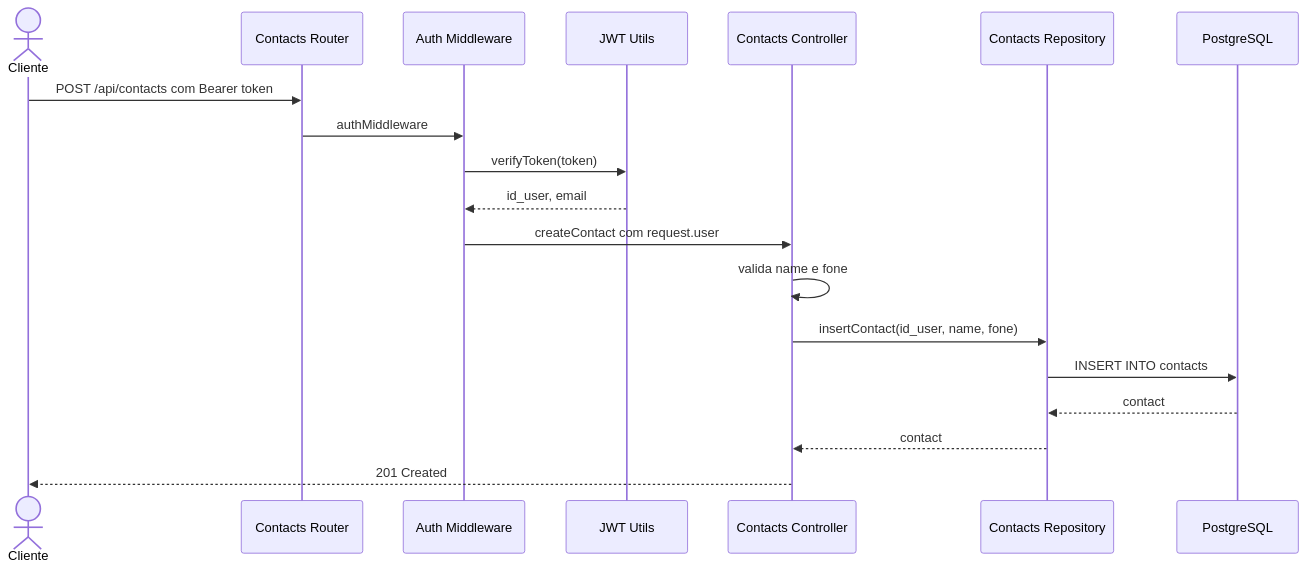
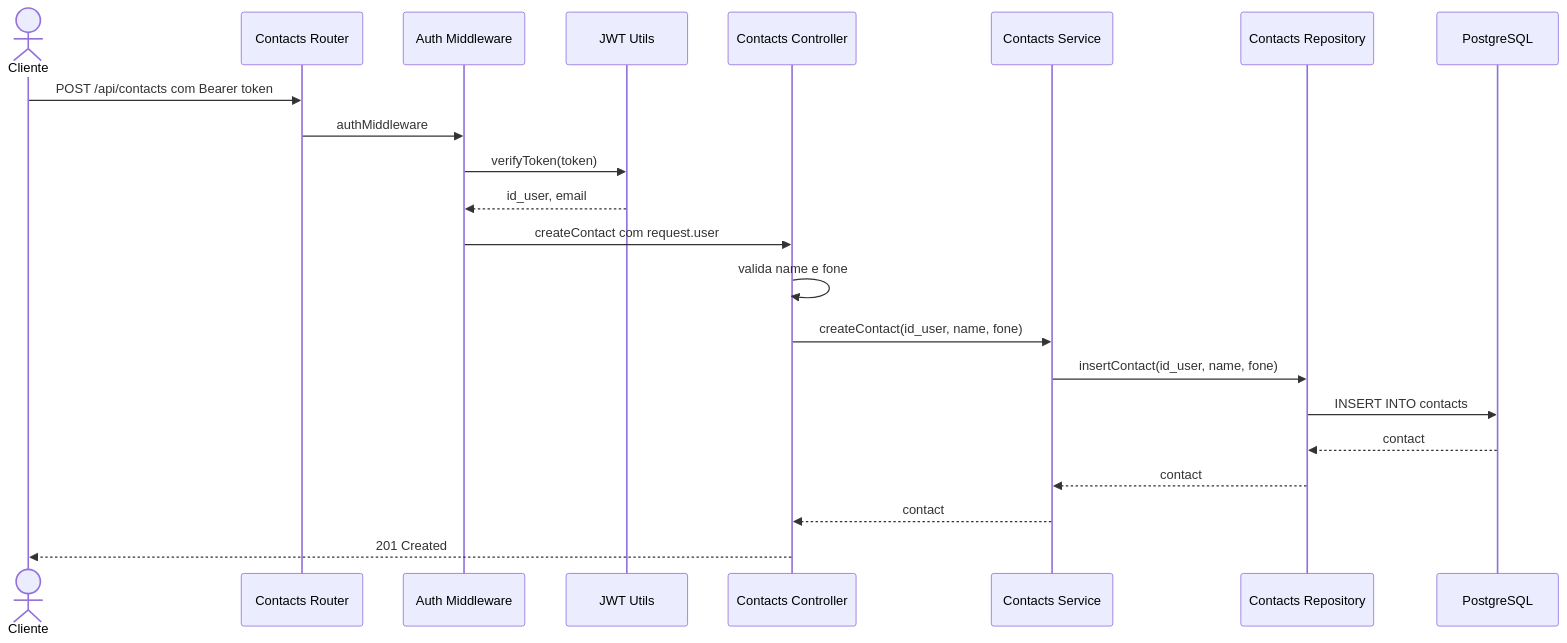
Before and after one commit to arleysouza/webII-server-types: the fifth of 6 diagrams in README.md, drawn with Mermaid. The commit also changed other lines of this file and 12 other files, not shown here.

````diff
--- a/README.md
+++ b/README.md
@@ -282,22 +354,25 @@
 ```mermaid
 sequenceDiagram
   actor Client as Cliente
   participant Router as Contacts Router
   participant Middleware as Auth Middleware
   participant JWT as JWT Utils
   participant Controller as Contacts Controller
+  participant Service as Contacts Service
   participant Repository as Contacts Repository
   participant DB as PostgreSQL
 
   Client->>Router: POST /api/contacts com Bearer token
   Router->>Middleware: authMiddleware
   Middleware->>JWT: verifyToken(token)
   JWT-->>Middleware: id_user, email
   Middleware->>Controller: createContact com request.user
   Controller->>Controller: valida name e fone
-  Controller->>Repository: insertContact(id_user, name, fone)
+  Controller->>Service: createContact(id_user, name, fone)
+  Service->>Repository: insertContact(id_user, name, fone)
   Repository->>DB: INSERT INTO contacts
   DB-->>Repository: contact
-  Repository-->>Controller: contact
+  Repository-->>Service: contact
+  Service-->>Controller: contact
   Controller-->>Client: 201 Created
 ```
````
